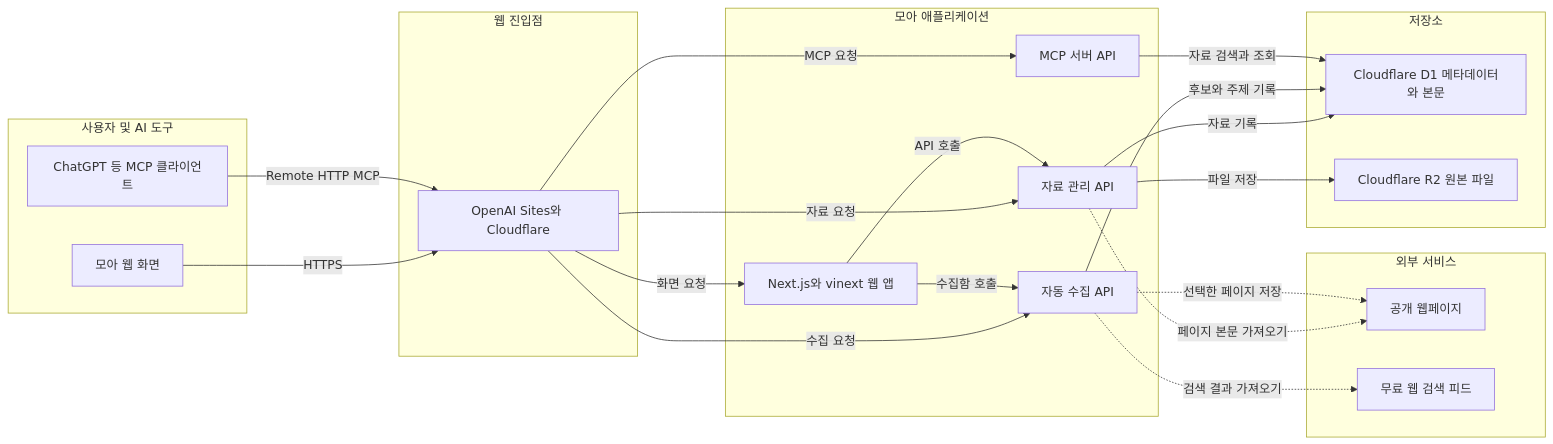
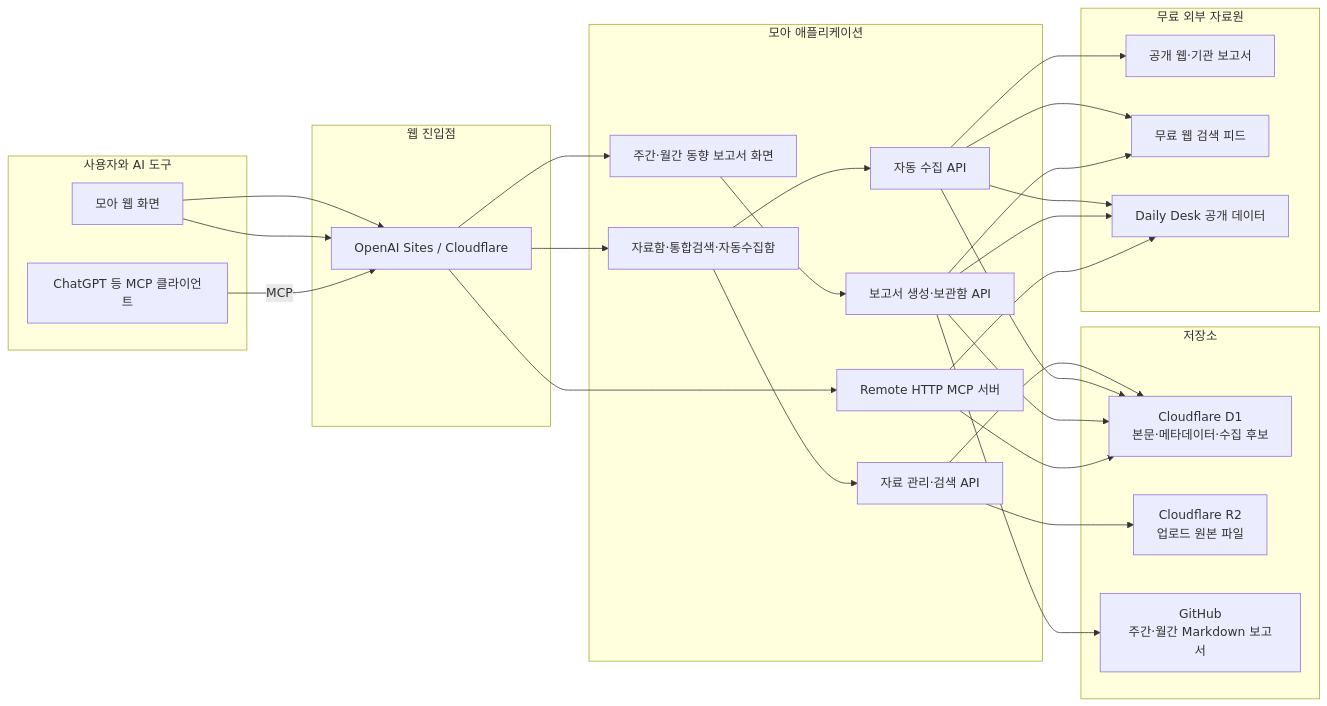
One commit to dhkim-0711/Moa changed the diagram in docs/모아_구조_설명.md. Above: the diagram before and after it, drawn with Mermaid. The commit also changed other lines of this file and 2 other files, not shown here.

Commit message:
Update Moa documentation and architecture

````diff
--- a/docs/모아_구조_설명.md
+++ b/docs/모아_구조_설명.md
@@ -11,40 +25,47 @@
 ```mermaid
 flowchart LR
-    subgraph client ["사용자 및 AI 도구"]
+    subgraph client ["사용자와 AI 도구"]
         browser["모아 웹 화면"]
         aiClient["ChatGPT 등 MCP 클라이언트"]
     end
     subgraph gateway ["웹 진입점"]
-        sites["OpenAI Sites와 Cloudflare"]
+        sites["OpenAI Sites / Cloudflare"]
     end
-    subgraph service ["모아 애플리케이션"]
-        webApp["Next.js와 vinext 웹 앱"]
-        sourceApi["자료 관리 API"]
+    subgraph app ["모아 애플리케이션"]
+        webApp["자료함·통합검색·자동수집함"]
+        reportUi["주간·월간 동향 보고서 화면"]
+        sourceApi["자료 관리·검색 API"]
         discoveryApi["자동 수집 API"]
-        mcpApi["MCP 서버 API"]
+        reportApi["보고서 생성·보관함 API"]
+        mcpApi["Remote HTTP MCP 서버"]
     end
-    subgraph datastore ["저장소"]
-        d1["Cloudflare D1 메타데이터와 본문"]
-        r2["Cloudflare R2 원본 파일"]
+    subgraph storage ["저장소"]
+        d1["Cloudflare D1<br/>본문·메타데이터·수집 후보"]
+        r2["Cloudflare R2<br/>업로드 원본 파일"]
+        github["GitHub<br/>주간·월간 Markdown 보고서"]
     end
-    subgraph external ["외부 서비스"]
-        publicWeb["공개 웹페이지"]
-        searchFeed["무료 웹 검색 피드"]
+    subgraph external ["무료 외부 자료원"]
+        web["공개 웹·기관 보고서"]
+        search["무료 웹 검색 피드"]
+        daily["Daily Desk 공개 데이터"]
     end
 
-    browser -->|"HTTPS"| sites
-    aiClient -->|"Remote HTTP MCP"| sites
-    sites -->|"화면 요청"| webApp
-    sites -->|"자료 요청"| sourceApi
-    sites -->|"수집 요청"| discoveryApi
-    sites -->|"MCP 요청"| mcpApi
-    webApp -->|"API 호출"| sourceApi
-    webApp -->|"수집함 호출"| discoveryApi
-    sourceApi -->|"자료 기록"| d1
-    sourceApi -->|"파일 저장"| r2
-    discoveryApi -->|"후보와 주제 기록"| d1
-    mcpApi -->|"자료 검색과 조회"| d1
-    sourceApi -.->|"페이지 본문 가져오기"| publicWeb
-    discoveryApi -.->|"검색 결과 가져오기"| searchFeed
-    discoveryApi -.->|"선택한 페이지 저장"| publicWeb
+    browser --> sites --> webApp
+    browser --> sites --> reportUi
+    aiClient -->|"MCP"| sites --> mcpApi
+    webApp --> sourceApi
+    webApp --> discoveryApi
+    reportUi --> reportApi
+    sourceApi --> d1
+    sourceApi --> r2
+    discoveryApi --> d1
+    discoveryApi --> search
+    discoveryApi --> daily
+    discoveryApi --> web
+    reportApi --> d1
+    reportApi --> daily
+    reportApi --> search
+    reportApi --> github
+    mcpApi --> d1
+    mcpApi --> daily
 ```
````
